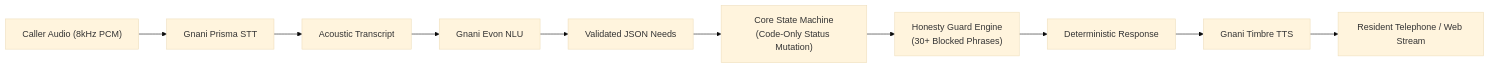
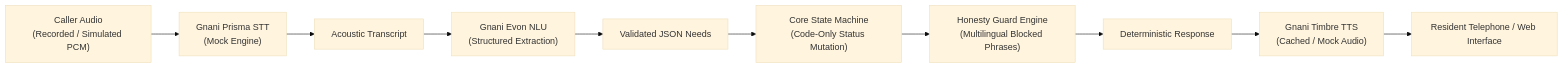
One commit to vaishaldsza/abhay changed the diagram in README.md. Above: the diagram before and after it, drawn with Mermaid (base theme). The commit also changed other lines of this file and 4 other files, not shown here.

````diff
--- a/README.md
+++ b/README.md
@@ -26,12 +39,12 @@
 ```mermaid
 flowchart LR
-    A["Caller Audio (8kHz PCM)"] --> B["Gnani Prisma STT"]
+    A["Caller Audio\n(Recorded / Simulated PCM)"] --> B["Gnani Prisma STT\n(Mock Engine)"]
     B --> C["Acoustic Transcript"]
-    C --> D["Gnani Evon NLU"]
+    C --> D["Gnani Evon NLU\n(Structured Extraction)"]
     D --> E["Validated JSON Needs"]
     E --> F["Core State Machine\n(Code-Only Status Mutation)"]
-    F --> G["Honesty Guard Engine\n(30+ Blocked Phrases)"]
+    F --> G["Honesty Guard Engine\n(Multilingual Blocked Phrases)"]
     G --> H["Deterministic Response"]
-    H --> I["Gnani Timbre TTS"]
-    I --> J["Resident Telephone / Web Stream"]
+    H --> I["Gnani Timbre TTS\n(Cached / Mock Audio)"]
+    I --> J["Resident Telephone / Web Interface"]
 ```
````
